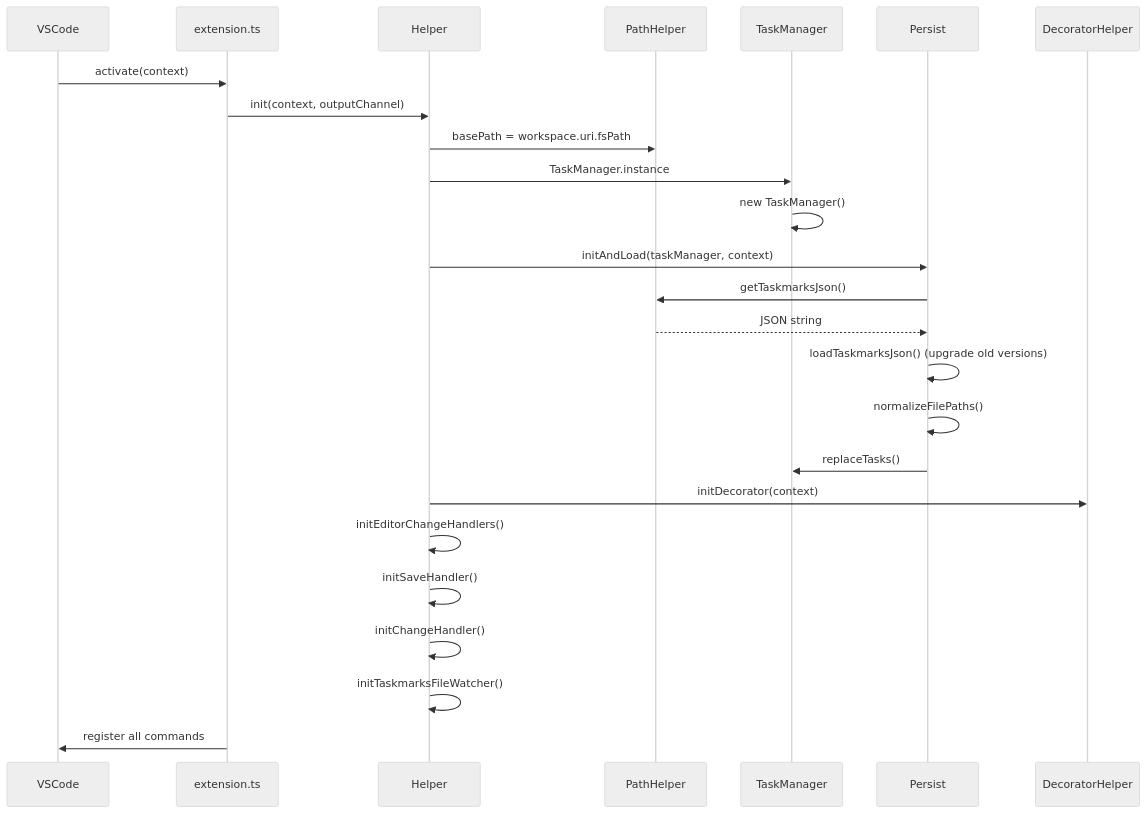
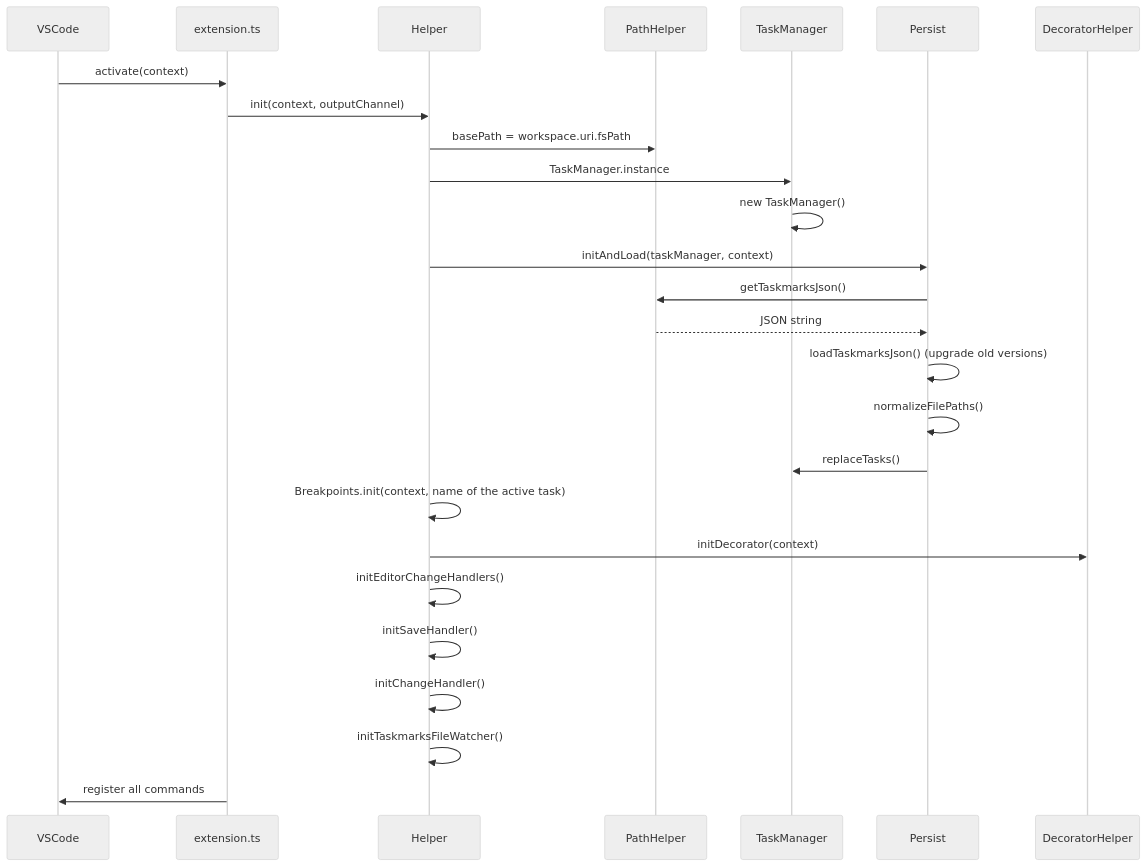
One commit to norbertK/taskmarks changed the sixth of 6 diagrams in docu/ARCHITECTURE.md. Above: the diagram before and after it, drawn with Mermaid (neutral theme). The commit also changed other lines of this file and 26 other files, not shown here.

First line of the commit message:
Breakpoints per task, shared with the team on request

````diff
--- a/docu/ARCHITECTURE.md
+++ b/docu/ARCHITECTURE.md
@@ -312,28 +354,29 @@
 ```mermaid
 sequenceDiagram
     participant VSCode
     participant Ext as extension.ts
     participant H as Helper
     participant PH as PathHelper
     participant TM as TaskManager
     participant P as Persist
     participant DH as DecoratorHelper
 
     VSCode->>Ext: activate(context)
     Ext->>H: init(context, outputChannel)
     H->>PH: basePath = workspace.uri.fsPath
     H->>TM: TaskManager.instance
     TM->>TM: new TaskManager()
     H->>P: initAndLoad(taskManager, context)
     P->>PH: getTaskmarksJson()
     PH-->>P: JSON string
     P->>P: loadTaskmarksJson() (upgrade old versions)
     P->>P: normalizeFilePaths()
     P->>TM: replaceTasks()
+    H->>H: Breakpoints.init(context, name of the active task)
     H->>DH: initDecorator(context)
     H->>H: initEditorChangeHandlers()
     H->>H: initSaveHandler()
     H->>H: initChangeHandler()
     H->>H: initTaskmarksFileWatcher()
     Ext->>VSCode: register all commands
 ```
````
